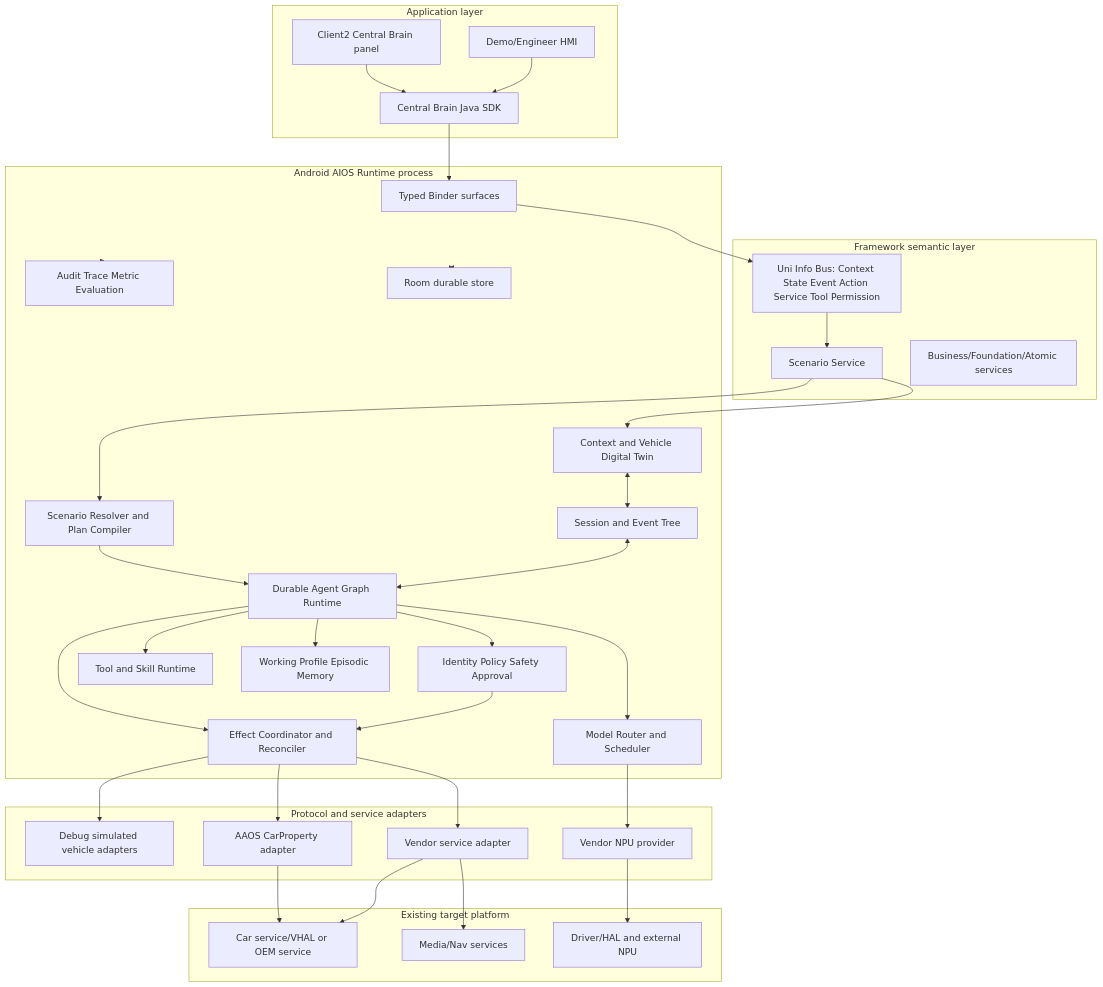
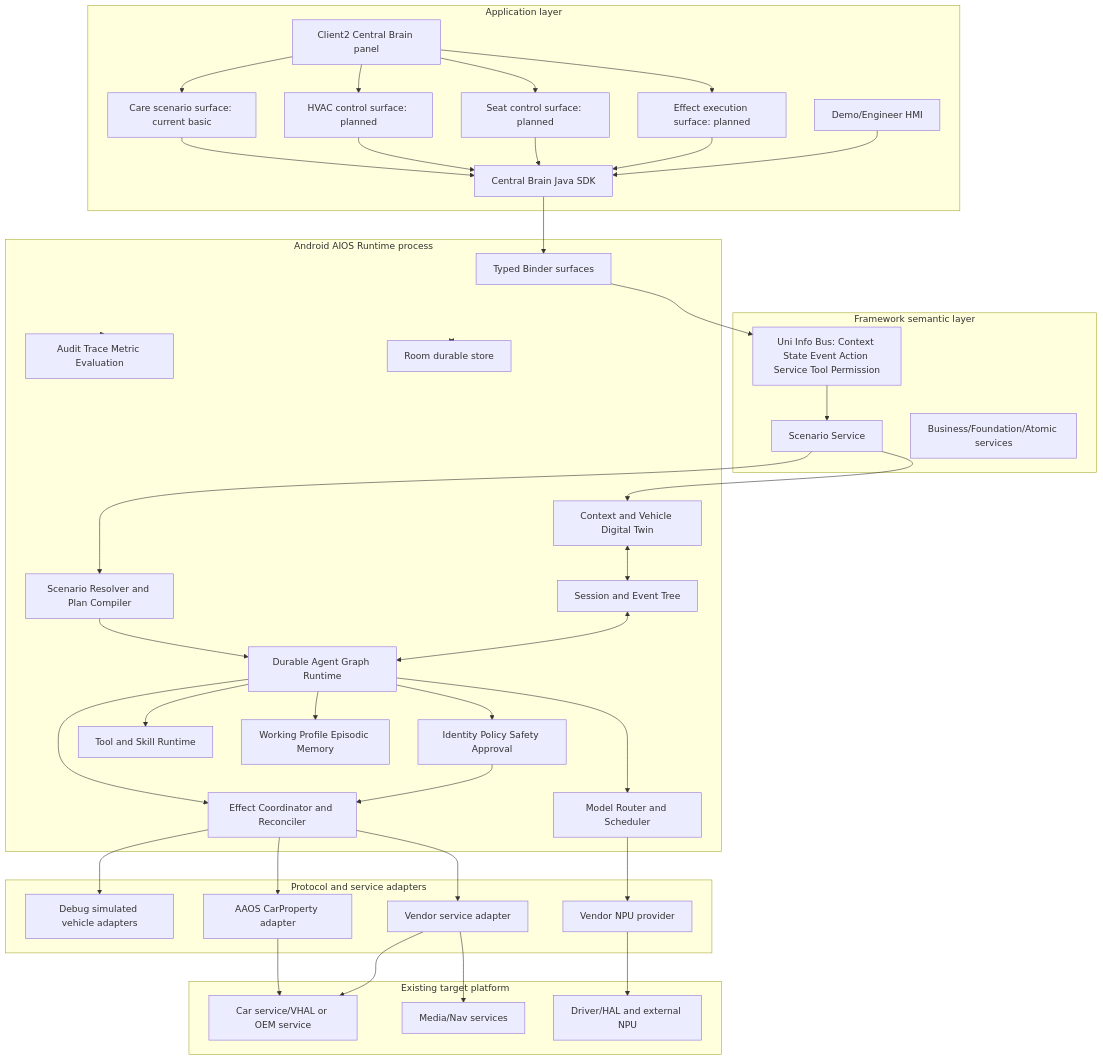
The first of 4 diagrams in docs/CENTRAL_BRAIN_COMPLETE_SOFTWARE_DEVELOPMENT_DESIGN.md (LucasWEIchen/CougarOS), drawn with Mermaid before and after one commit. The commit also changed other lines of this file and 15 other files, not shown here.

First line of the commit message:
docs: plan cockpit HVAC and seat control loop

````diff
--- a/docs/CENTRAL_BRAIN_COMPLETE_SOFTWARE_DEVELOPMENT_DESIGN.md
+++ b/docs/CENTRAL_BRAIN_COMPLETE_SOFTWARE_DEVELOPMENT_DESIGN.md
@@ -58,69 +63,80 @@
 ```mermaid
 flowchart TB
     subgraph APP["Application layer"]
         C2["Client2 Central Brain panel"]
+        CARE["Care scenario surface: current basic"]
+        HVACUI["HVAC control surface: planned"]
+        SEATUI["Seat control surface: planned"]
+        EXECUI["Effect execution surface: planned"]
         DH["Demo/Engineer HMI"]
         SDK["Central Brain Java SDK"]
     end
 
     subgraph FW["Framework semantic layer"]
         UIB["Uni Info Bus: Context State Event Action Service Tool Permission"]
         SCN["Scenario Service"]
         SOA["Business/Foundation/Atomic services"]
     end
 
     subgraph RT["Android AIOS Runtime process"]
         BND["Typed Binder surfaces"]
         SES["Session and Event Tree"]
         CTX["Context and Vehicle Digital Twin"]
         PLAN["Scenario Resolver and Plan Compiler"]
         GRAPH["Durable Agent Graph Runtime"]
         GOV["Identity Policy Safety Approval"]
         TOOL["Tool and Skill Runtime"]
         MEM["Working Profile Episodic Memory"]
         MODEL["Model Router and Scheduler"]
         EFF["Effect Coordinator and Reconciler"]
         OBS["Audit Trace Metric Evaluation"]
         DB["Room durable store"]
     end
 
     subgraph ADP["Protocol and service adapters"]
         SIM["Debug simulated vehicle adapters"]
         AAOS["AAOS CarProperty adapter"]
         VENDOR["Vendor service adapter"]
         NPU["Vendor NPU provider"]
     end
 
     subgraph HOST["Existing target platform"]
         CAR["Car service/VHAL or OEM service"]
         MEDIA["Media/Nav services"]
         HW["Driver/HAL and external NPU"]
     end
 
-    C2 --> SDK
+    C2 --> CARE
+    C2 --> HVACUI
+    C2 --> SEATUI
+    C2 --> EXECUI
+    CARE --> SDK
+    HVACUI --> SDK
+    SEATUI --> SDK
+    EXECUI --> SDK
     DH --> SDK
     SDK --> BND
     BND --> UIB
     UIB --> SCN
     SCN --> CTX
     SCN --> PLAN
     PLAN --> GRAPH
     GRAPH --> GOV
     GRAPH --> TOOL
     GRAPH --> MEM
     GRAPH --> MODEL
     GRAPH --> EFF
     SES <--> GRAPH
     CTX <--> SES
     GOV --> EFF
     EFF --> SIM
     EFF --> AAOS
     EFF --> VENDOR
     MODEL --> NPU
     AAOS --> CAR
     VENDOR --> CAR
     VENDOR --> MEDIA
     NPU --> HW
     RT <--> DB
     RT --> OBS
 ```
````
